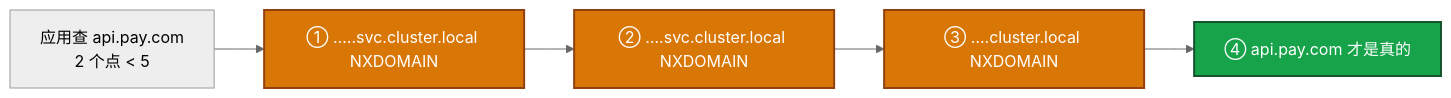
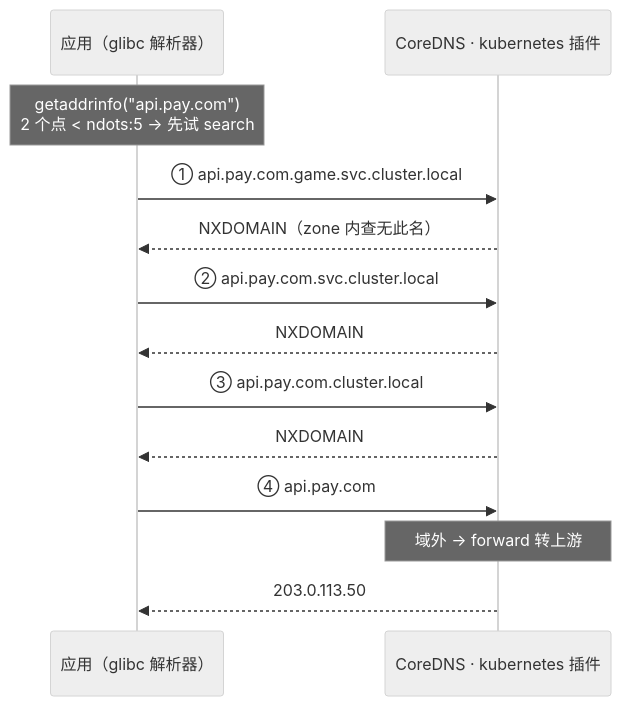
One commit to ml-cuizijun/LearnToLilith changed the third of 5 diagrams in 03-Kubernetes/09-CoreDNS/知识点.md. Above: the diagram before and after it, drawn with Mermaid (neutral theme). The commit also changed other lines of this file and 470 other files, not shown here.

````diff
--- a/03-Kubernetes/09-CoreDNS/知识点.md
+++ b/03-Kubernetes/09-CoreDNS/知识点.md
@@ -246,12 +251,15 @@
 ```mermaid
-flowchart LR
-    A["应用查 api.pay.com<br/>2 个点 < 5"] --> B["① ….<ns>.svc.cluster.local NXDOMAIN"]
-    B --> C["② ….svc.cluster.local NXDOMAIN"]
-    C --> D["③ ….cluster.local NXDOMAIN"]
-    D --> E["④ api.pay.com 才是真的"]
-
-    classDef bad fill:#D97706,stroke:#92400E,stroke-width:2px,color:#fff
-    classDef ok fill:#16A34A,stroke:#14532D,stroke-width:2px,color:#fff
-    class B,C,D bad
-    class E ok
+sequenceDiagram
+    participant App as 应用（glibc 解析器）
+    participant CD as CoreDNS · kubernetes 插件
+    Note over App: getaddrinfo("api.pay.com")<br/>2 个点 < ndots:5 → 先试 search
+    App->>CD: ① api.pay.com.game.svc.cluster.local
+    CD-->>App: NXDOMAIN（zone 内查无此名）
+    App->>CD: ② api.pay.com.svc.cluster.local
+    CD-->>App: NXDOMAIN
+    App->>CD: ③ api.pay.com.cluster.local
+    CD-->>App: NXDOMAIN
+    App->>CD: ④ api.pay.com
+    Note over CD: 域外 → forward 转上游
+    CD-->>App: 203.0.113.50
 ```
````
